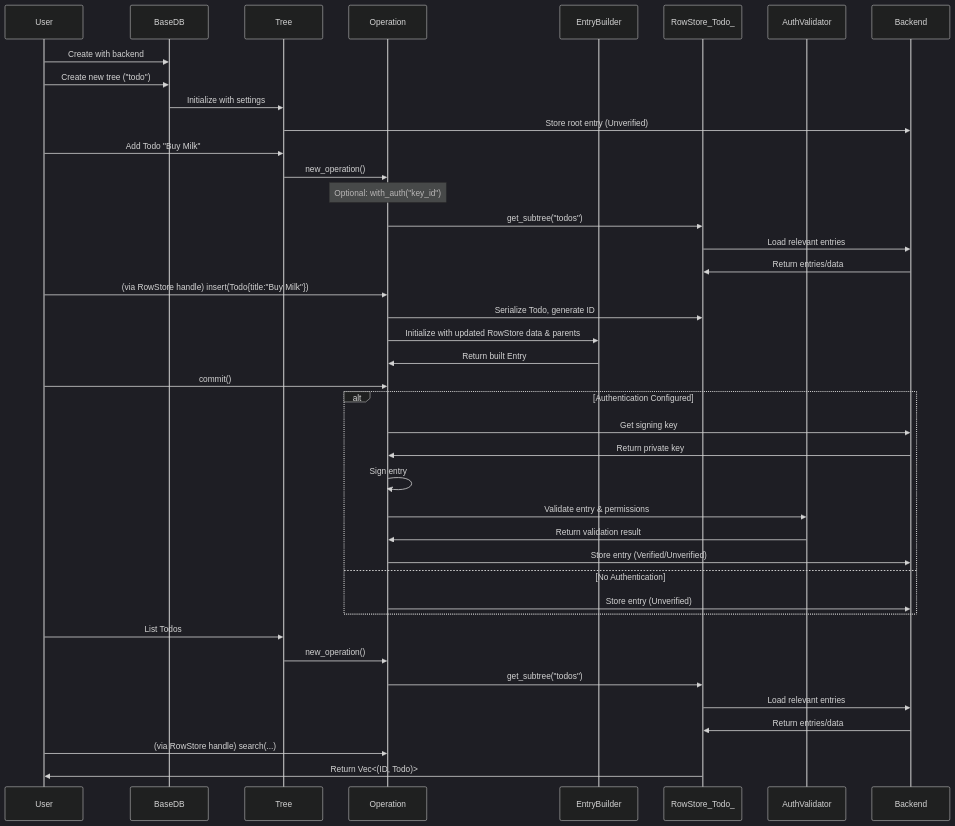
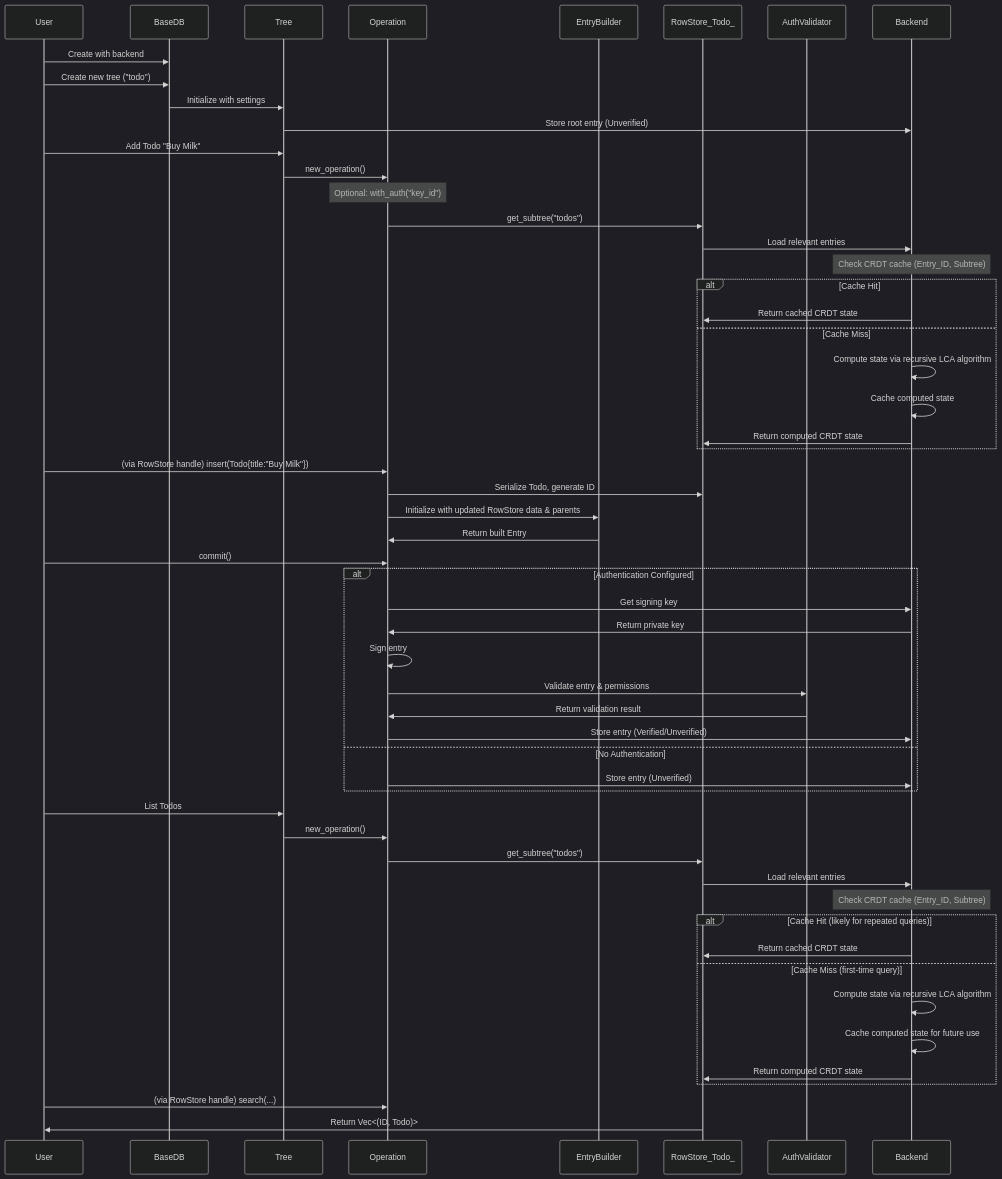
Before and after one commit to arcuru/eidetica: the diagram in docs/src/internal/data_flow.md, drawn with Mermaid (dark theme). The commit also changed other lines of this file and 11 other files, not shown here.

Commit message:
feat: implement LCA-based CRDT computation with caching

````diff
--- a/docs/src/internal/data_flow.md
+++ b/docs/src/internal/data_flow.md
@@ -12,46 +12,60 @@
 ```mermaid
 sequenceDiagram
     participant User
     participant BaseDB
     participant Tree
     participant Operation
     participant EntryBuilder
     participant RowStore_Todo_
     participant AuthValidator
     participant Backend
 
     User->>BaseDB: Create with backend
     User->>BaseDB: Create new tree ("todo")
     BaseDB->>Tree: Initialize with settings
     Tree->>Backend: Store root entry (Unverified)
     User->>Tree: Add Todo "Buy Milk"
     Tree->>Operation: new_operation()
     Note over Operation: Optional: with_auth("key_id")
     Operation->>RowStore_Todo_: get_subtree("todos")
     RowStore_Todo_->>Backend: Load relevant entries
-    Backend->>RowStore_Todo_: Return entries/data
+    Note over Backend: Check CRDT cache (Entry_ID, Subtree)
+    alt Cache Hit
+        Backend->>RowStore_Todo_: Return cached CRDT state
+    else Cache Miss
+        Backend->>Backend: Compute state via recursive LCA algorithm
+        Backend->>Backend: Cache computed state
+        Backend->>RowStore_Todo_: Return computed CRDT state
+    end
     User->>Operation: (via RowStore handle) insert(Todo{title:"Buy Milk"})
     Operation->>RowStore_Todo_: Serialize Todo, generate ID
     Operation->>EntryBuilder: Initialize with updated RowStore data & parents
     EntryBuilder->>Operation: Return built Entry
     User->>Operation: commit()
 
     alt Authentication Configured
         Operation->>Backend: Get signing key
         Backend->>Operation: Return private key
         Operation->>Operation: Sign entry
         Operation->>AuthValidator: Validate entry & permissions
         AuthValidator->>Operation: Return validation result
         Operation->>Backend: Store entry (Verified/Unverified)
     else No Authentication
         Operation->>Backend: Store entry (Unverified)
     end
 
     User->>Tree: List Todos
     Tree->>Operation: new_operation()
     Operation->>RowStore_Todo_: get_subtree("todos")
     RowStore_Todo_->>Backend: Load relevant entries
-    Backend->>RowStore_Todo_: Return entries/data
+    Note over Backend: Check CRDT cache (Entry_ID, Subtree)
+    alt Cache Hit (likely for repeated queries)
+        Backend->>RowStore_Todo_: Return cached CRDT state
+    else Cache Miss (first-time query)
+        Backend->>Backend: Compute state via recursive LCA algorithm
+        Backend->>Backend: Cache computed state for future use
+        Backend->>RowStore_Todo_: Return computed CRDT state
+    end
     User->>Operation: (via RowStore handle) search(...)
     RowStore_Todo_->>User: Return Vec<(ID, Todo)>
 ```
````
